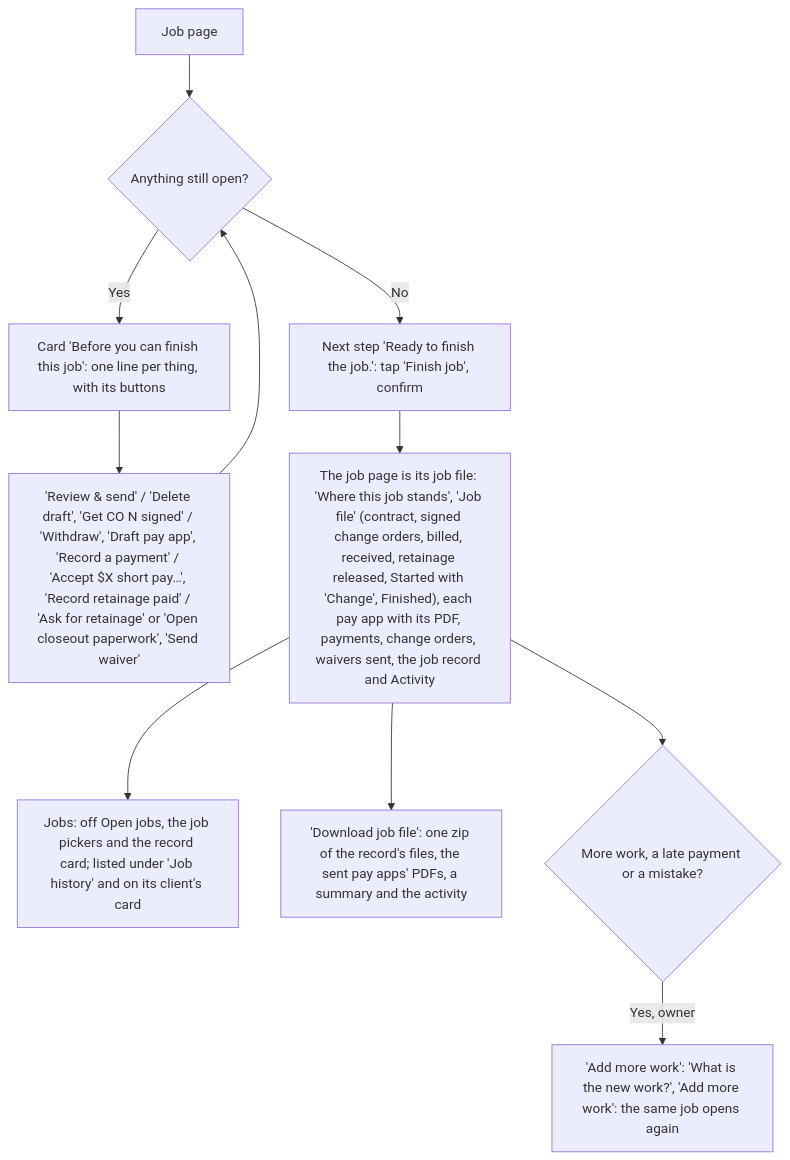
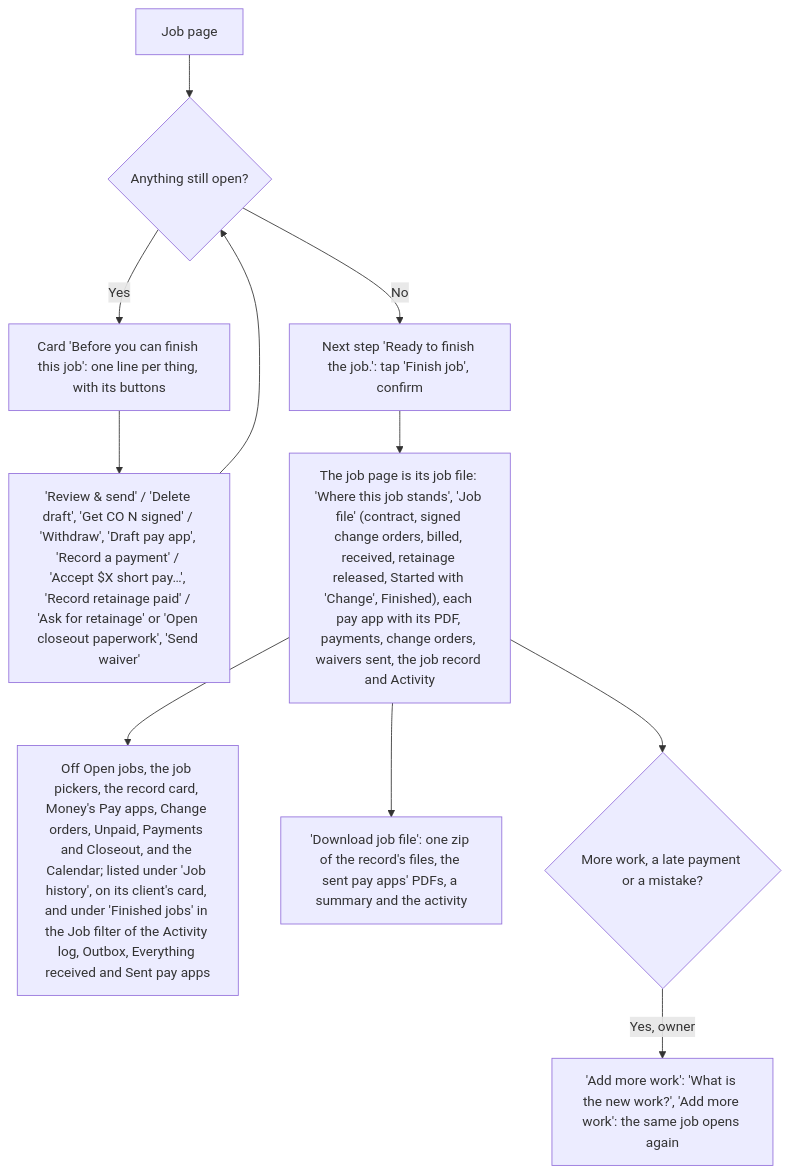
One commit to cartwrightstephen/billdable changed diagram 13 of 16 in docs/client-flows.md. Above: the diagram before and after it, drawn with Mermaid. The commit also changed other lines of this file and 13 other files, not shown here.

Commit message:
A finished job leaves Money's lists and the Calendar; record pages list it under Finished jobs in their job filter

````diff
--- a/docs/client-flows.md
+++ b/docs/client-flows.md
@@ -497,13 +497,13 @@
 ```mermaid
 flowchart TD
     A["Job page"] --> B{"Anything still open?"}
     B -->|"Yes"| C["Card 'Before you can finish this job': one line per thing, with its buttons"]
     C --> D["'Review & send' / 'Delete draft', 'Get CO N signed' / 'Withdraw', 'Draft pay app', 'Record a payment' / 'Accept $X short pay…', 'Record retainage paid' / 'Ask for retainage' or 'Open closeout paperwork', 'Send waiver'"]
     D --> B
     B -->|"No"| E["Next step 'Ready to finish the job.': tap 'Finish job', confirm"]
     E --> F["The job page is its job file: 'Where this job stands', 'Job file' (contract, signed change orders, billed, received, retainage released, Started with 'Change', Finished), each pay app with its PDF, payments, change orders, waivers sent, the job record and Activity"]
-    F --> G["Jobs: off Open jobs, the job pickers and the record card; listed under 'Job history' and on its client's card"]
+    F --> G["Off Open jobs, the job pickers, the record card, Money's Pay apps, Change orders, Unpaid, Payments and Closeout, and the Calendar; listed under 'Job history', on its client's card, and under 'Finished jobs' in the Job filter of the Activity log, Outbox, Everything received and Sent pay apps"]
     F --> DL["'Download job file': one zip of the record's files, the sent pay apps' PDFs, a summary and the activity"]
     F --> H{"More work, a late payment or a mistake?"}
     H -->|"Yes, owner"| I["'Add more work': 'What is the new work?', 'Add more work': the same job opens again"]
 ```
````
